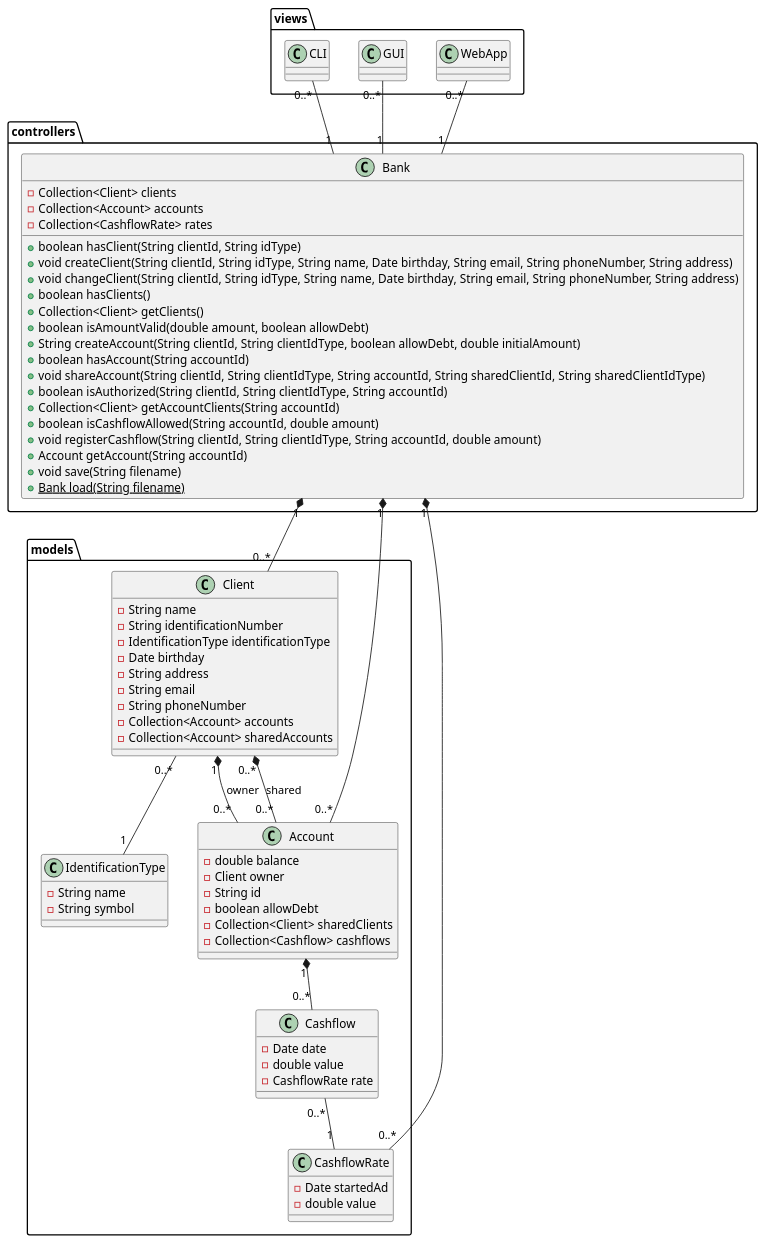
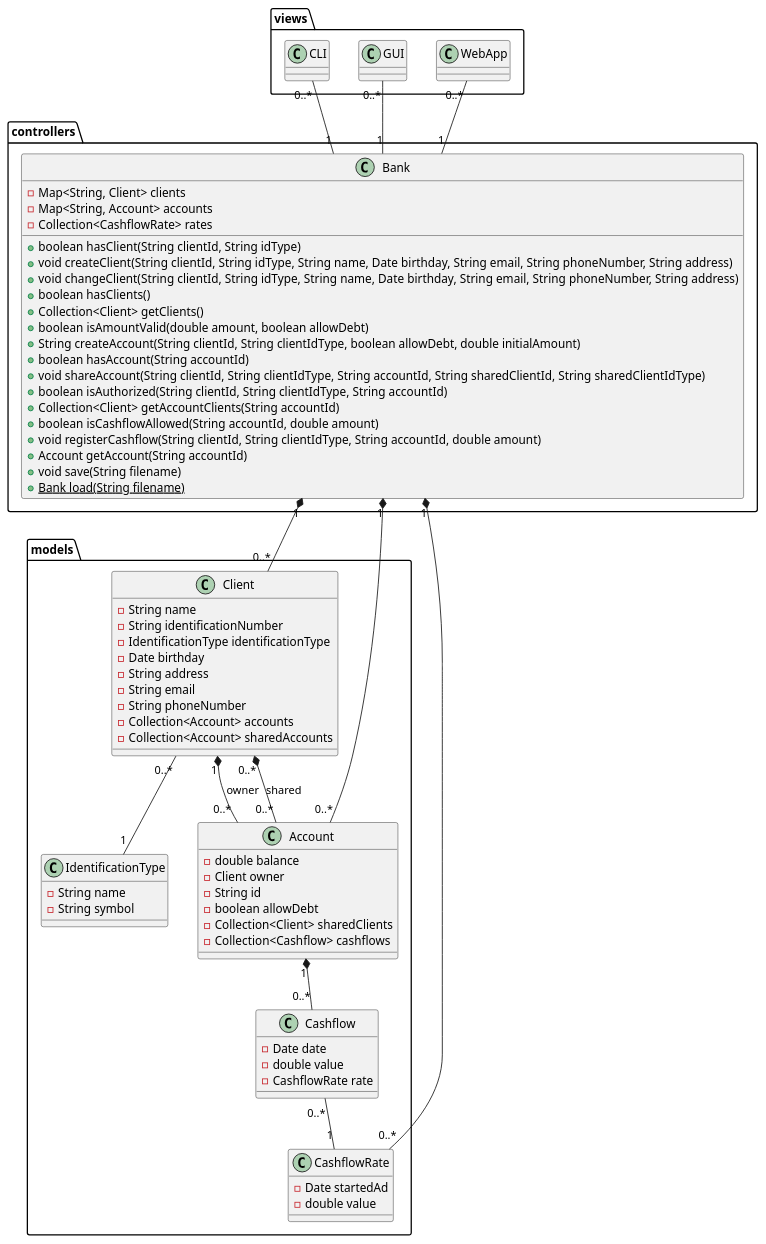
Before and after one commit to DiogoSilva23/POO-2021-2022-Lab-5: the diagram in diagrams/design.puml, drawn with PlantUML. The commit also changed 4 other files, not shown here.

```diff
--- a/diagrams/design.puml
+++ b/diagrams/design.puml
@@ -1,83 +1,83 @@
 @startuml
 package models {
     class Client {
         -String name
         -String identificationNumber
         -IdentificationType identificationType
         -Date birthday
         -String address
         -String email
         -String phoneNumber
         -Collection<Account> accounts
         -Collection<Account> sharedAccounts
     }
 
     class IdentificationType {
         -String name
         -String symbol
     }
 
     class Account {
         -double balance
         -Client owner
         -String id
         -boolean allowDebt
         -Collection<Client> sharedClients
         -Collection<Cashflow> cashflows
     }
 
     class Cashflow {
         -Date date
         -double value
         -CashflowRate rate
     }
 
     class CashflowRate {
         -Date startedAd
         -double value
     }
 
     Client "1" *-- "0..*" Account : owner
     Client "0..*" *-- "0..*" Account : shared
     Client "0..*" -- "1" IdentificationType
     Account "1" *-- "0..*" Cashflow
     Cashflow "0..*" -- "1" CashflowRate
 }
 
 package controllers {
     class Bank {
-        -Collection<Client> clients
-        -Collection<Account> accounts
+        -Map<String, Client> clients
+        -Map<String, Account> accounts
         -Collection<CashflowRate> rates
         +boolean hasClient(String clientId, String idType)
         +void createClient(String clientId, String idType, String name, Date birthday, String email, String phoneNumber, String address)
         +void changeClient(String clientId, String idType, String name, Date birthday, String email, String phoneNumber, String address)
         +boolean hasClients()
         +Collection<Client> getClients()
         +boolean isAmountValid(double amount, boolean allowDebt)
         +String createAccount(String clientId, String clientIdType, boolean allowDebt, double initialAmount)
         +boolean hasAccount(String accountId)
         +void shareAccount(String clientId, String clientIdType, String accountId, String sharedClientId, String sharedClientIdType)
         +boolean isAuthorized(String clientId, String clientIdType, String accountId)
         +Collection<Client> getAccountClients(String accountId)
         +boolean isCashflowAllowed(String accountId, double amount)
         +void registerCashflow(String clientId, String clientIdType, String accountId, double amount)
         +Account getAccount(String accountId)
         +void save(String filename)
         +{static}Bank load(String filename)
     }
     Bank "1" *-- "0..*" Client
     Bank "1" *-- "0..*" Account
     Bank "1" *-- "0..*" CashflowRate
 }
 
 package views {
     class CLI
     class GUI
     class WebApp
 }
 
 CLI "0..*" -- "1" Bank
 WebApp "0..*" -- "1" Bank
 GUI "0..*" -- "1" Bank
 @enduml
```
